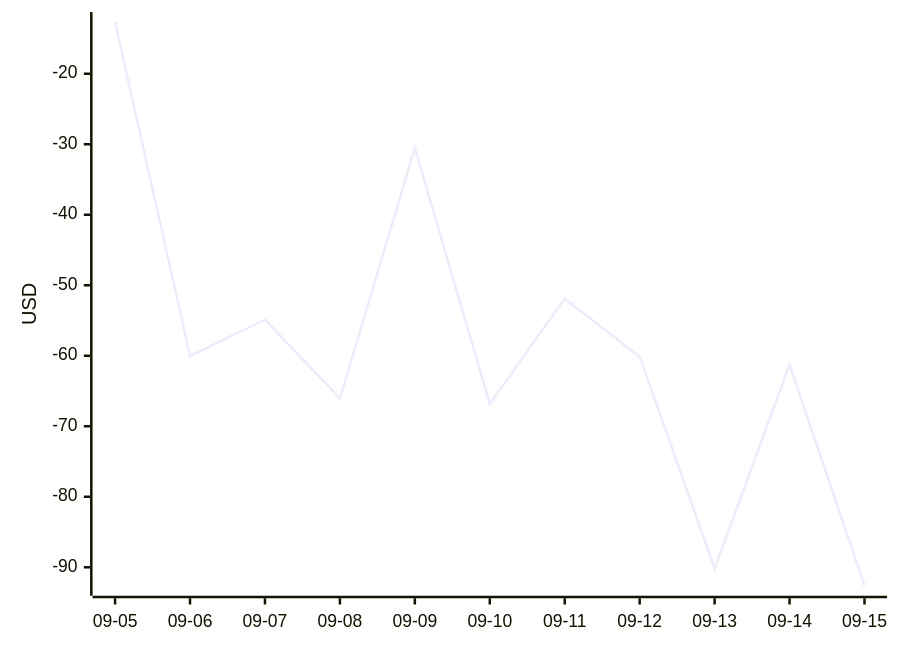
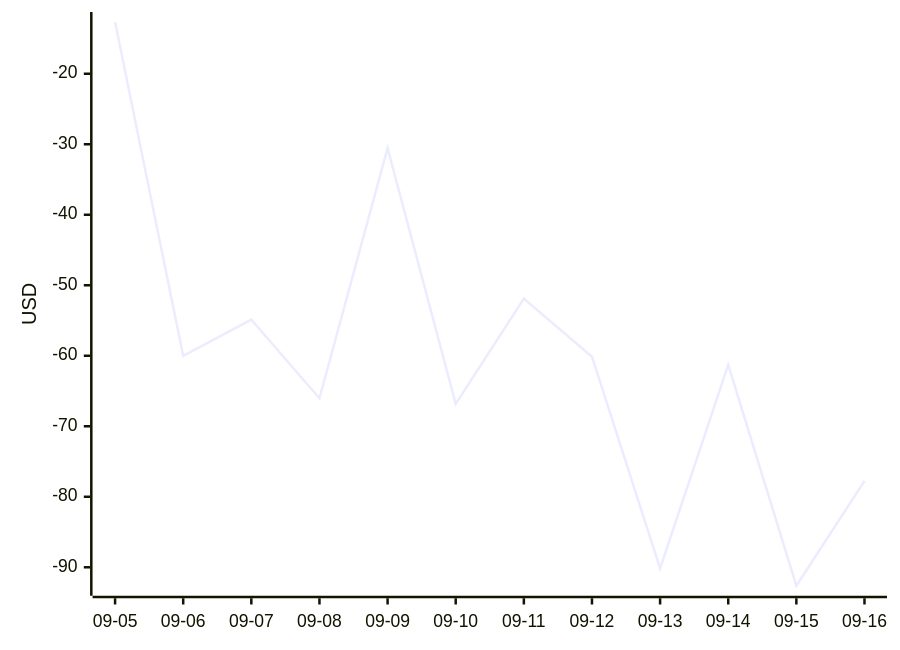
Before and after one commit to aryanvaid2108/prediction-trading: the diagram in DASHBOARD.md, drawn with Mermaid. The commit also changed other lines of this file and 7 other files, not shown here.

````diff
--- a/DASHBOARD.md
+++ b/DASHBOARD.md
@@ -65,6 +65,6 @@
 ```mermaid
 xychart-beta
-  x-axis ["09-05", "09-06", "09-07", "09-08", "09-09", "09-10", "09-11", "09-12", "09-13", "09-14", "09-15"]
+  x-axis ["09-05", "09-06", "09-07", "09-08", "09-09", "09-10", "09-11", "09-12", "09-13", "09-14", "09-15", "09-16"]
   y-axis "USD"
-  line [-12.66, -60.03, -54.88, -66.03, -30.54, -66.82, -51.90, -60.13, -90.16, -61.28, -92.62]
+  line [-12.66, -60.03, -54.88, -66.03, -30.54, -66.82, -51.90, -60.13, -90.16, -61.28, -92.62, -77.76]
 ```
````
